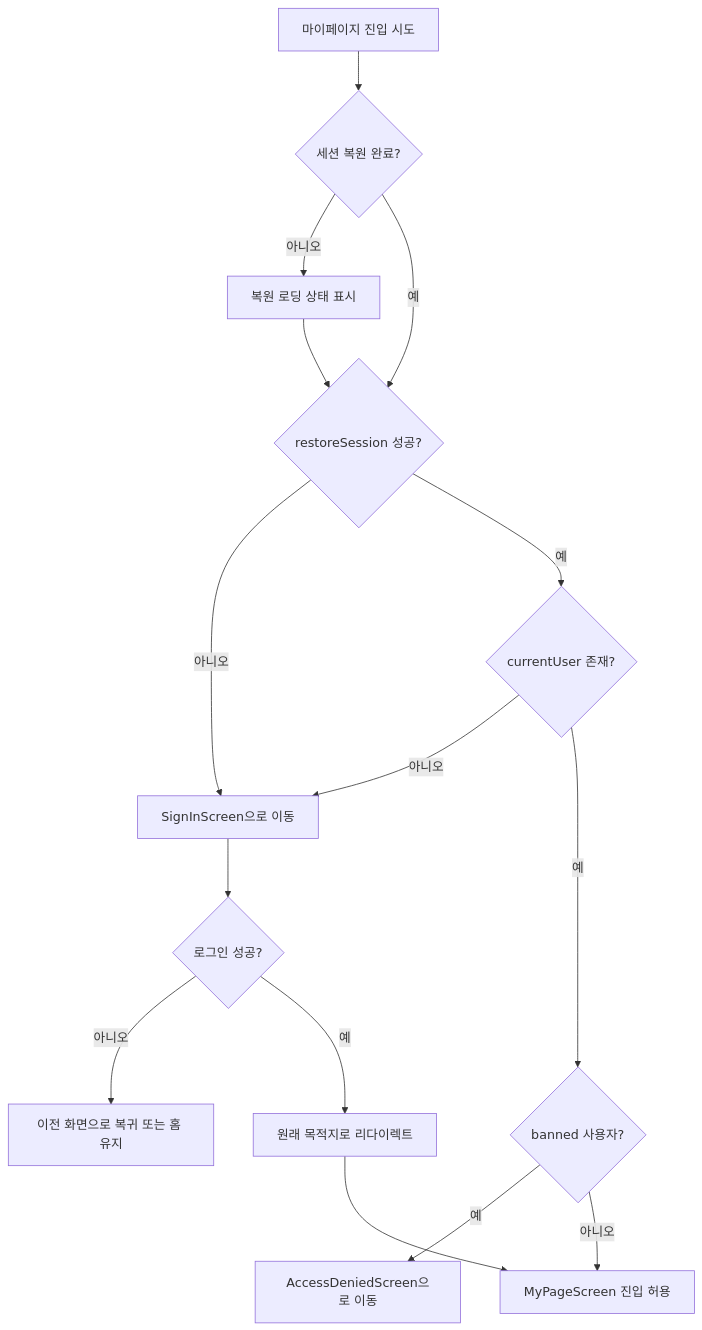
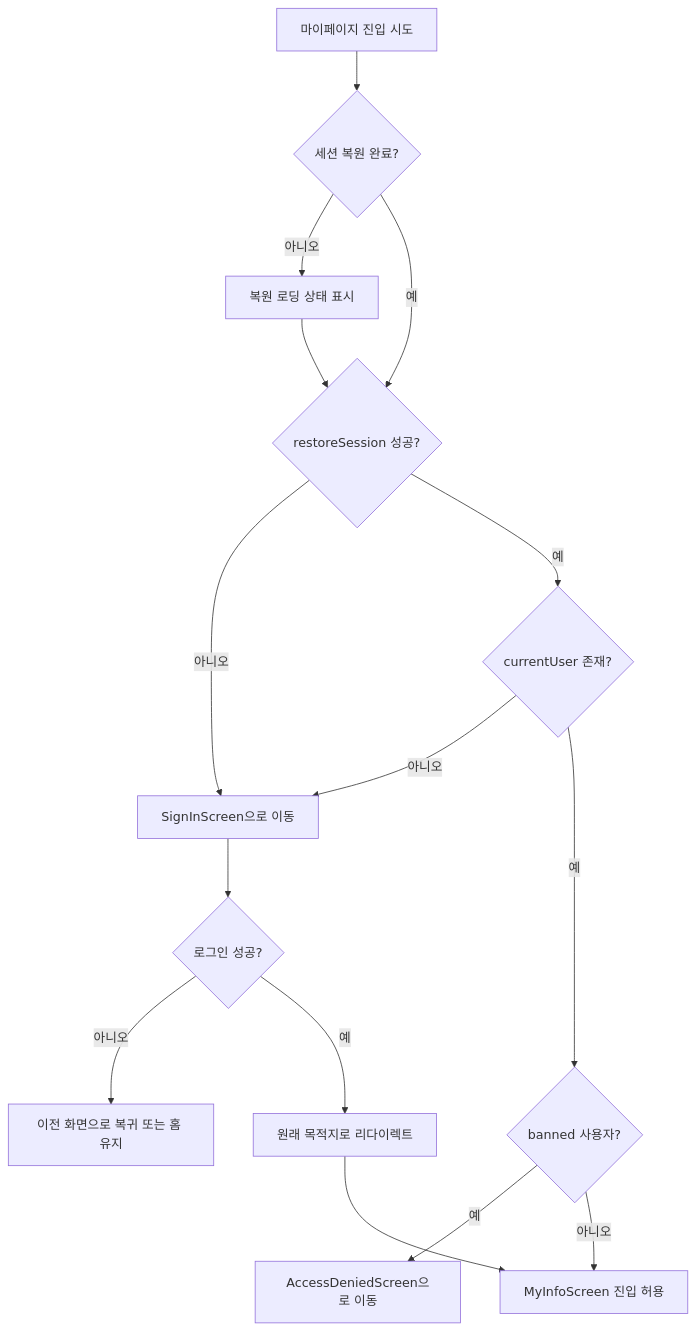
The diagram in docs/ConCafe_구현_실행작업_백로그.md (hhp227/ConCafe), drawn with Mermaid before and after one commit. The commit also changed other lines of this file and 3 other files, not shown here.

````diff
--- a/docs/ConCafe_구현_실행작업_백로그.md
+++ b/docs/ConCafe_구현_실행작업_백로그.md
@@ -1024,17 +1029,17 @@
 ```mermaid
 flowchart TD
     A[마이페이지 진입 시도] --> B{세션 복원 완료?}
     B -- 아니오 --> C[복원 로딩 상태 표시]
     C --> D{restoreSession 성공?}
     B -- 예 --> D
     D -- 아니오 --> L[SignInScreen으로 이동]
     D -- 예 --> E{currentUser 존재?}
     E -- 아니오 --> L
     E -- 예 --> F{banned 사용자?}
     F -- 예 --> X[AccessDeniedScreen으로 이동]
-    F -- 아니오 --> G[MyPageScreen 진입 허용]
+    F -- 아니오 --> G[MyInfoScreen 진입 허용]
     L --> M{로그인 성공?}
     M -- 아니오 --> N[이전 화면으로 복귀 또는 홈 유지]
     M -- 예 --> O[원래 목적지로 리다이렉트]
     O --> G
 ```
````
